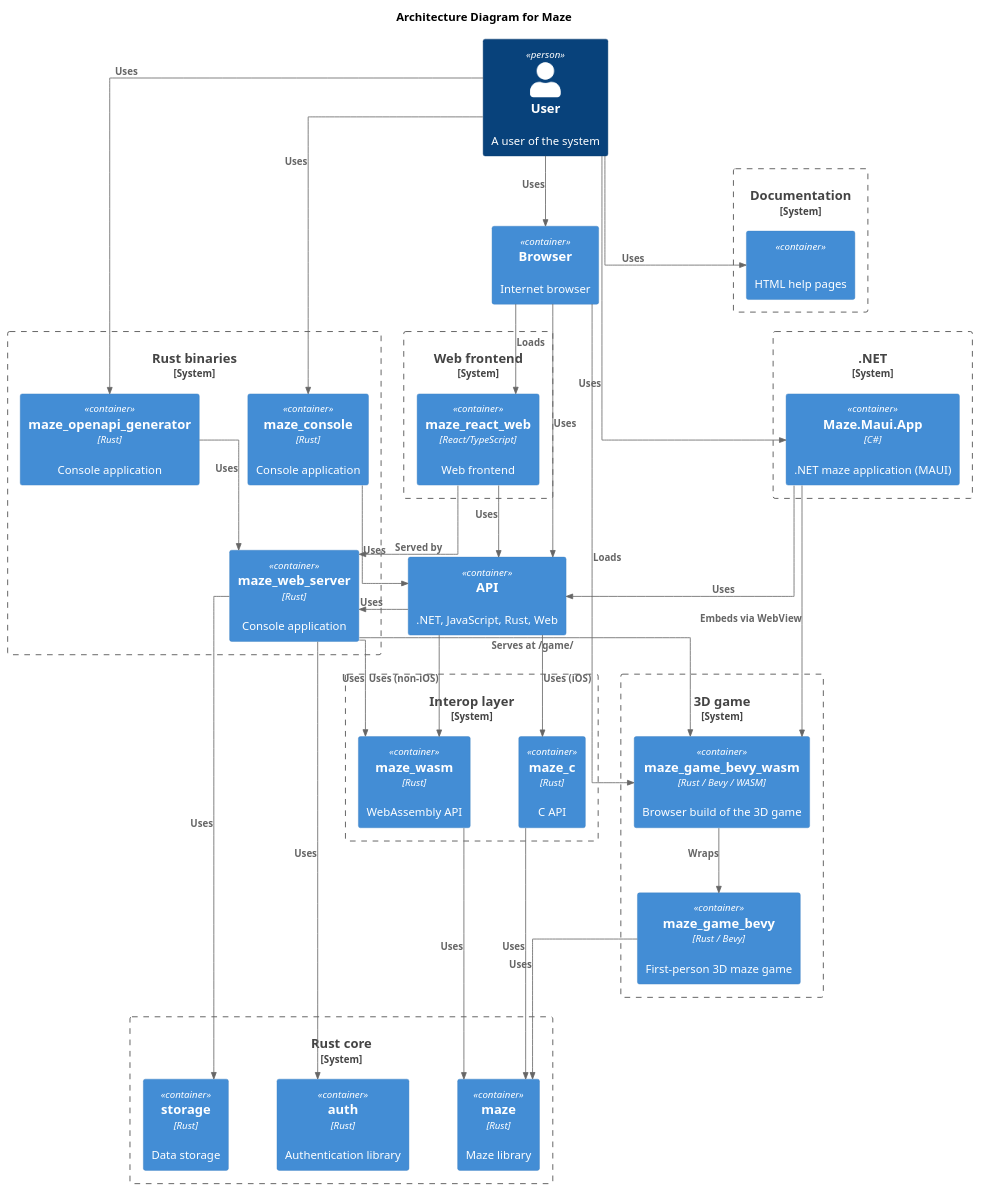
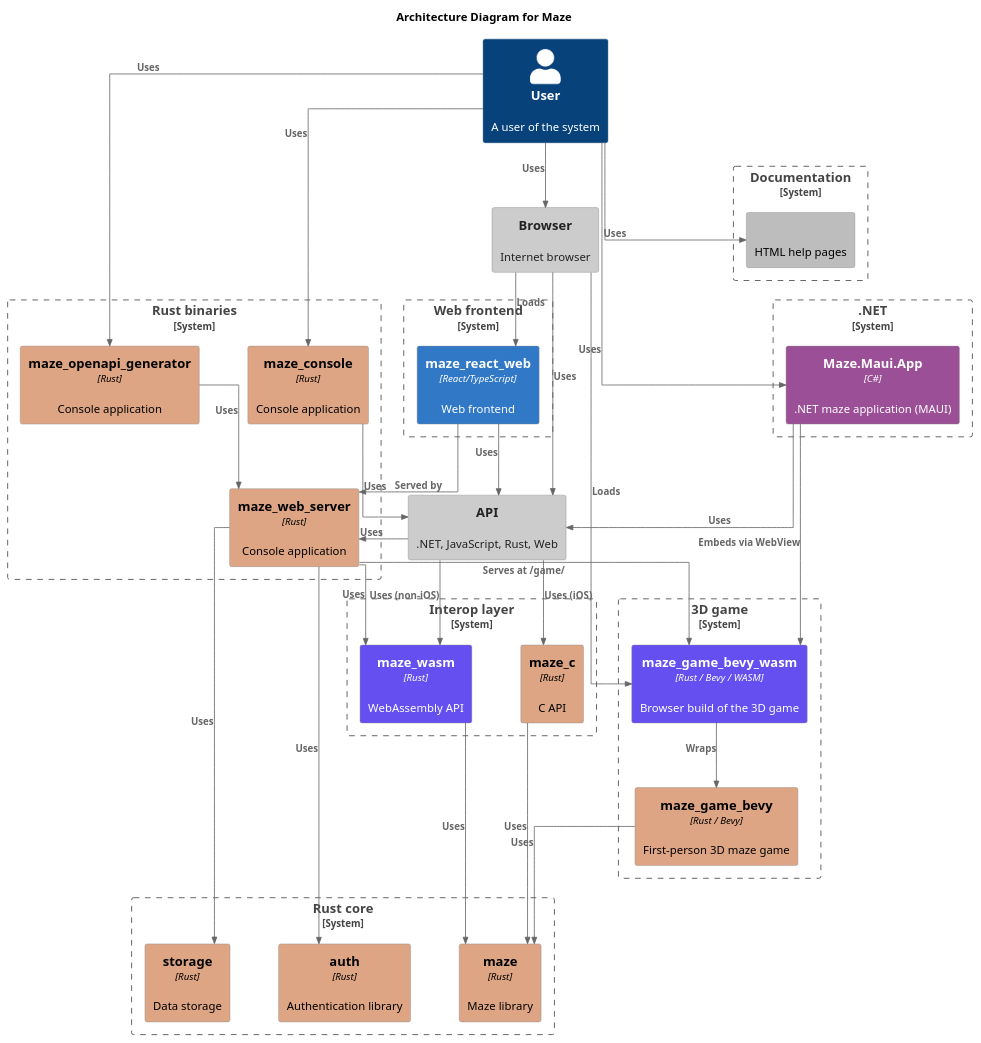
Before and after one commit to budgiedownunder/maze: the diagram in docs/diagrams/architecture.puml, drawn with PlantUML. The commit also changed 1 other file, not shown here.

Commit message:
docs(diagrams): colour-code containers by technology and neutralise untagged structural boxes and hide stereotype labels

```diff
--- a/docs/diagrams/architecture.puml
+++ b/docs/diagrams/architecture.puml
@@ -2,77 +2,86 @@
 @startuml architecture
 
 !include https://raw.githubusercontent.com/plantuml-stdlib/C4-PlantUML/master/C4_Container.puml
 
 LAYOUT_TOP_DOWN()
+HIDE_STEREOTYPE()
 skinparam linetype ortho
 skinparam nodesep 60
 skinparam ranksep 80
+
+UpdateElementStyle("container", $bgColor="#cccccc", $fontColor="#222222", $borderColor="#888888")
+
+AddElementTag("rust",   $bgColor="#dea584", $fontColor="#000000", $legendText="Rust")
+AddElementTag("csharp", $bgColor="#9b4f96", $fontColor="#ffffff", $legendText="C# / .NET")
+AddElementTag("ts",     $bgColor="#3178c6", $fontColor="#ffffff", $legendText="TypeScript / React")
+AddElementTag("wasm",   $bgColor="#654ff0", $fontColor="#ffffff", $legendText="WebAssembly")
+AddElementTag("doc",    $bgColor="#bdbdbd", $fontColor="#000000", $legendText="Documentation")
 
 title Architecture Diagram for Maze
 
 Person(user, "User", "A user of the system")
 
 Container(browser, "Browser", "", "Internet browser")
 Container(api, "API", "", ".NET, JavaScript, Rust, Web")
 
 System_Boundary(b_rust_core, "Rust core") {
-    Container(maze, "maze", "Rust", "Maze library")
-    Container(auth, "auth", "Rust", "Authentication library")
-    Container(storage, "storage", "Rust", "Data storage")
+    Container(maze, "maze", "Rust", "Maze library", $tags="rust")
+    Container(auth, "auth", "Rust", "Authentication library", $tags="rust")
+    Container(storage, "storage", "Rust", "Data storage", $tags="rust")
 }
 
 System_Boundary(b_rust_bins, "Rust binaries") {
-    Container(maze_web_server, "maze_web_server", "Rust", "Console application")
-    Container(maze_console, "maze_console", "Rust", "Console application")
-    Container(maze_openapi_generator, "maze_openapi_generator", "Rust", "Console application")
+    Container(maze_web_server, "maze_web_server", "Rust", "Console application", $tags="rust")
+    Container(maze_console, "maze_console", "Rust", "Console application", $tags="rust")
+    Container(maze_openapi_generator, "maze_openapi_generator", "Rust", "Console application", $tags="rust")
 }
 
 System_Boundary(b_interop, "Interop layer") {
-    Container(maze_wasm, "maze_wasm", "Rust", "WebAssembly API")
-    Container(maze_c, "maze_c", "Rust", "C API")
+    Container(maze_wasm, "maze_wasm", "Rust", "WebAssembly API", $tags="wasm")
+    Container(maze_c, "maze_c", "Rust", "C API", $tags="rust")
 }
 
 System_Boundary(b_dotnet, ".NET") {
-    Container(maze_maui_app_net, "Maze.Maui.App", "C#", ".NET maze application (MAUI)")
+    Container(maze_maui_app_net, "Maze.Maui.App", "C#", ".NET maze application (MAUI)", $tags="csharp")
 }
 
 System_Boundary(b_web, "Web frontend") {
-    Container(maze_react_web, "maze_react_web", "React/TypeScript", "Web frontend")
+    Container(maze_react_web, "maze_react_web", "React/TypeScript", "Web frontend", $tags="ts")
 }
 
 System_Boundary(b_game, "3D game") {
-    Container(maze_game_bevy, "maze_game_bevy", "Rust / Bevy", "First-person 3D maze game")
-    Container(maze_game_bevy_wasm, "maze_game_bevy_wasm", "Rust / Bevy / WASM", "Browser build of the 3D game")
+    Container(maze_game_bevy, "maze_game_bevy", "Rust / Bevy", "First-person 3D maze game", $tags="rust")
+    Container(maze_game_bevy_wasm, "maze_game_bevy_wasm", "Rust / Bevy / WASM", "Browser build of the 3D game", $tags="wasm")
 }
 
 System_Boundary(b_docs, "Documentation") {
-    Container(html_help, "", "", "HTML help pages")
+    Container(html_help, "", "", "HTML help pages", $tags="doc")
 }
 
 Rel(user, browser, "Uses")
 Rel(maze_react_web, maze_web_server, "Served by")
 Rel(user, html_help, "Uses")
 Rel(user, maze_console, "Uses")
 Rel(user, maze_maui_app_net, "Uses")
 Rel(user, maze_openapi_generator, "Uses")
 Rel(browser, api, "Uses")
 Rel(browser, maze_react_web, "Loads")
 Rel(maze_react_web, api, "Uses")
 Rel(maze_console, api, "Uses")
 Rel(maze_maui_app_net, api, "Uses")
 Rel(maze_openapi_generator, maze_web_server, "Uses")
 Rel(maze_c, maze, "Uses")
 Rel(maze_wasm, maze, "Uses")
 Rel(api, maze_wasm, "Uses (non-iOS)")
 Rel(api, maze_c, "Uses (iOS)")
 Rel(api, maze_web_server, "Uses")
 Rel(maze_web_server, maze_wasm, "Uses")
 Rel(maze_web_server, auth, "Uses")
 Rel(maze_web_server, storage, "Uses")
 Rel(maze_game_bevy, maze, "Uses")
 Rel(maze_game_bevy_wasm, maze_game_bevy, "Wraps")
 Rel(maze_web_server, maze_game_bevy_wasm, "Serves at /game/")
 Rel(browser, maze_game_bevy_wasm, "Loads")
 Rel(maze_maui_app_net, maze_game_bevy_wasm, "Embeds via WebView")
 
 @enduml
```
